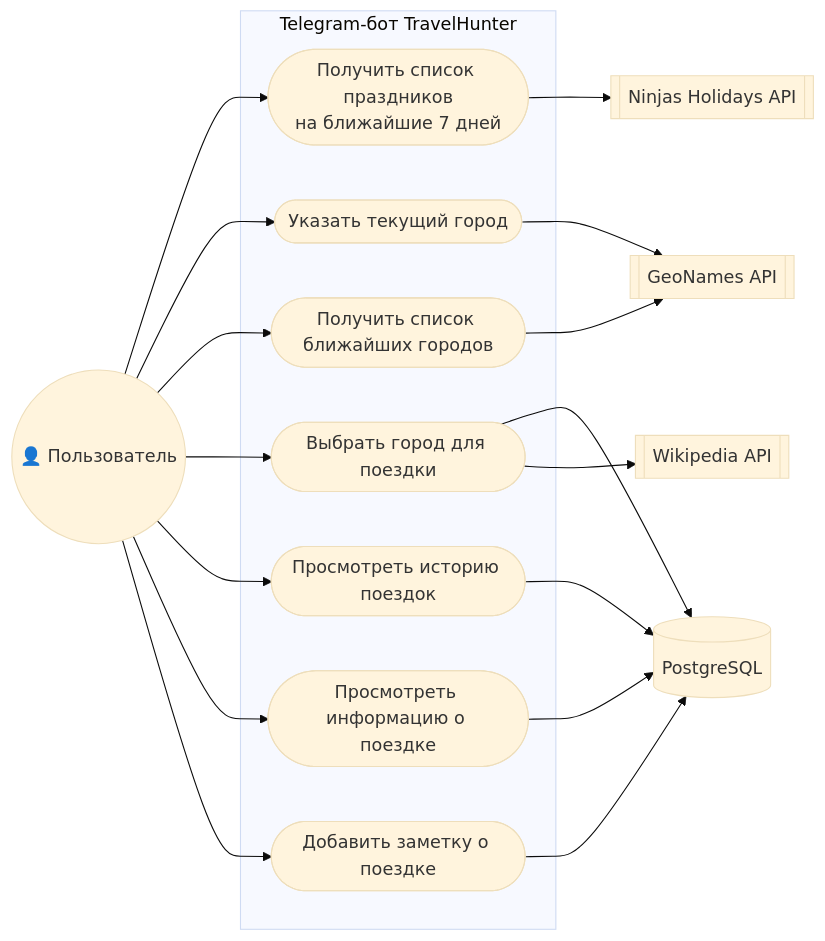
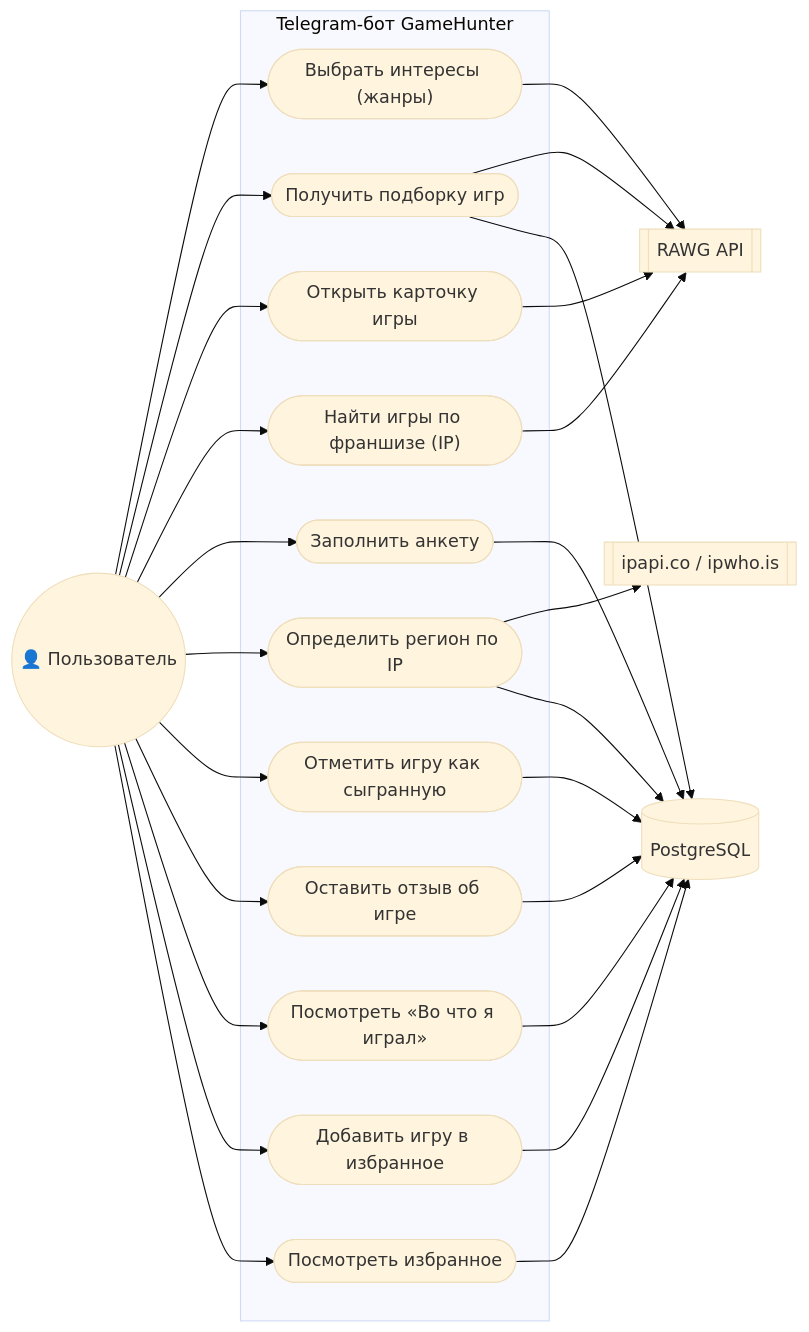
The diagram in docs/02_scenarii_ispolzovaniya.md (FamtyTG/GemInfo), drawn with Mermaid (base theme) before and after one commit. The commit also changed other lines of this file and 39 other files, not shown here.

First line of the commit message:
docs: документация, диаграммы DrawIO и SVG-мокапы GameHunter

````diff
--- a/docs/02_scenarii_ispolzovaniya.md
+++ b/docs/02_scenarii_ispolzovaniya.md
@@ -17,36 +17,48 @@
 ```mermaid
 graph LR
     User((👤 Пользователь))
 
-    subgraph TravelHunter ["Telegram-бот TravelHunter"]
-        UC1(["Получить список праздников<br/>на ближайшие 7 дней"])
-        UC2(["Указать текущий город"])
-        UC3(["Получить список ближайших городов"])
-        UC4(["Выбрать город для поездки"])
-        UC5(["Просмотреть историю поездок"])
-        UC6(["Просмотреть информацию о поездке"])
-        UC7(["Добавить заметку о поездке"])
+    subgraph GameHunter ["Telegram-бот GameHunter"]
+        UC1(["Выбрать интересы (жанры)"])
+        UC2(["Получить подборку игр"])
+        UC3(["Открыть карточку игры"])
+        UC4(["Найти игры по франшизе (IP)"])
+        UC5(["Заполнить анкету"])
+        UC6(["Определить регион по IP"])
+        UC7(["Отметить игру как сыгранную"])
+        UC8(["Оставить отзыв об игре"])
+        UC9(["Посмотреть «Во что я играл»"])
+        UC10(["Добавить игру в избранное"])
+        UC11(["Посмотреть избранное"])
     end
 
-    Ninjas[[Ninjas Holidays API]]
-    Geonames[[GeoNames API]]
-    Wiki[[Wikipedia API]]
+    RAWG[[RAWG API]]
+    Geo[[ipapi.co / ipwho.is]]
     DB[(PostgreSQL)]
 
     User --> UC1
     User --> UC2
     User --> UC3
     User --> UC4
     User --> UC5
     User --> UC6
     User --> UC7
+    User --> UC8
+    User --> UC9
+    User --> UC10
+    User --> UC11
 
-    UC1 --> Ninjas
-    UC2 --> Geonames
-    UC3 --> Geonames
-    UC4 --> DB
-    UC4 --> Wiki
+    UC1 --> RAWG
+    UC2 --> RAWG
+    UC2 --> DB
+    UC3 --> RAWG
+    UC4 --> RAWG
     UC5 --> DB
+    UC6 --> Geo
     UC6 --> DB
     UC7 --> DB
+    UC8 --> DB
+    UC9 --> DB
+    UC10 --> DB
+    UC11 --> DB
 ```
````
